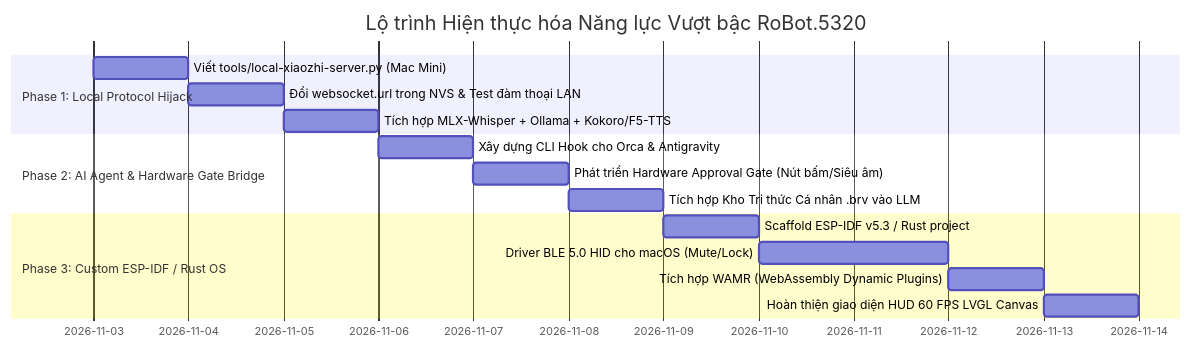
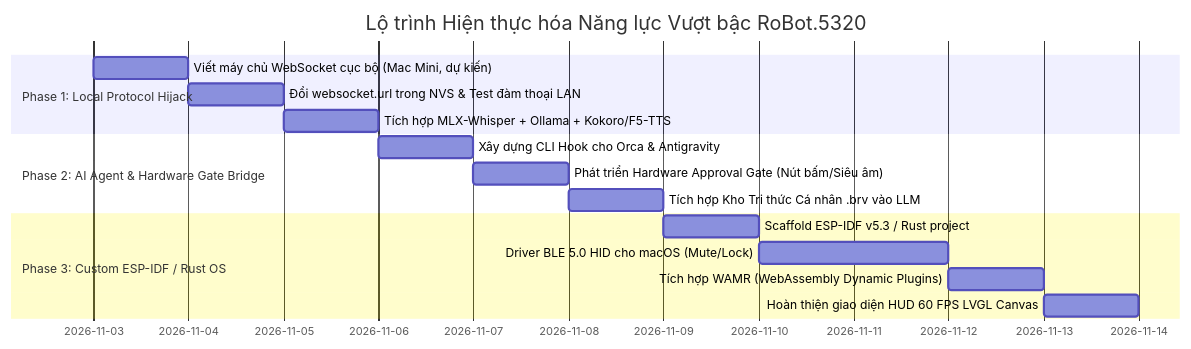
One commit to jangtrinh/design-os-robotics changed the seventh of 7 diagrams in knowledge/09-beyond-xiaozhi-capabilities-and-applications.md. Above: the diagram before and after it, drawn with Mermaid. The commit also changed other lines of this file and 12 other files, not shown here.

````diff
--- a/knowledge/09-beyond-xiaozhi-capabilities-and-applications.md
+++ b/knowledge/09-beyond-xiaozhi-capabilities-and-applications.md
@@ -499,18 +499,18 @@
 ```mermaid
 gantt
     title Lộ trình Hiện thực hóa Năng lực Vượt bậc RoBot.5320
     dateFormat  YYYY-MM-DD
     section Phase 1: Local Protocol Hijack
-    Viết tools/local-xiaozhi-server.py (Mac Mini)     :p1_1, 2026-11-03, 1d
+    Viết máy chủ WebSocket cục bộ (Mac Mini, dự kiến)     :p1_1, 2026-11-03, 1d
     Đổi websocket.url trong NVS & Test đàm thoại LAN   :p1_2, after p1_1, 1d
     Tích hợp MLX-Whisper + Ollama + Kokoro/F5-TTS     :p1_3, after p1_2, 1d
     section Phase 2: AI Agent & Hardware Gate Bridge
     Xây dựng CLI Hook cho Orca & Antigravity          :p2_1, after p1_3, 1d
     Phát triển Hardware Approval Gate (Nút bấm/Siêu âm):p2_2, after p2_1, 1d
     Tích hợp Kho Tri thức Cá nhân .brv vào LLM         :p2_3, after p2_2, 1d
     section Phase 3: Custom ESP-IDF / Rust OS
     Scaffold ESP-IDF v5.3 / Rust project              :p3_1, after p2_3, 1d
     Driver BLE 5.0 HID cho macOS (Mute/Lock)          :p3_2, after p3_1, 2d
     Tích hợp WAMR (WebAssembly Dynamic Plugins)       :p3_3, after p3_2, 1d
     Hoàn thiện giao diện HUD 60 FPS LVGL Canvas       :p3_4, after p3_3, 1d
 ```
````
